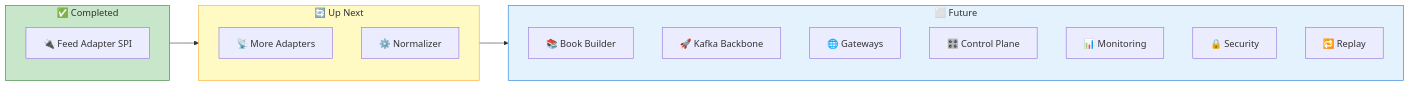
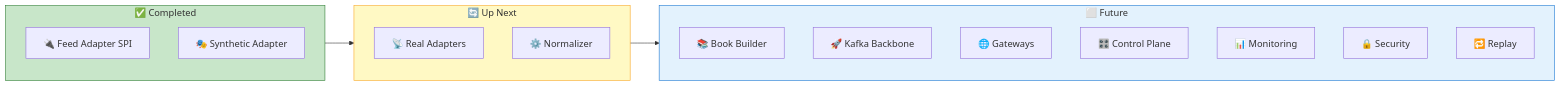
Before and after one commit to oladejiayo/Pulsewire: diagram 13 of 14 in docs/eli5-guide.md, drawn with Mermaid. The commit also changed other lines of this file and 8 other files, not shown here.

First line of the commit message:
feat(US01-02): Implement synthetic exchange feed adapter

````diff
--- a/docs/eli5-guide.md
+++ b/docs/eli5-guide.md
@@ -312,27 +487,28 @@
 ```mermaid
 flowchart LR
     subgraph Done["✅ Completed"]
         EP01a["🔌 Feed Adapter SPI"]
+        EP01b["🎭 Synthetic Adapter"]
     end
     
     subgraph InProgress["🔄 Up Next"]
-        EP01b["📡 More Adapters"]
+        EP01c["📡 Real Adapters"]
         EP02["⚙️ Normalizer"]
     end
     
     subgraph Future["⬜ Future"]
         EP03["📚 Book Builder"]
         EP04["🚀 Kafka Backbone"]
         EP05["🌐 Gateways"]
         EP06["🎛️ Control Plane"]
         EP07["📊 Monitoring"]
         EP08["🔒 Security"]
         EP09["🔁 Replay"]
     end
     
     Done --> InProgress --> Future
     
     style Done fill:#c8e6c9,stroke:#2e7d32
     style InProgress fill:#fff9c4,stroke:#f9a825
     style Future fill:#e3f2fd,stroke:#1976d2
 ```
````
